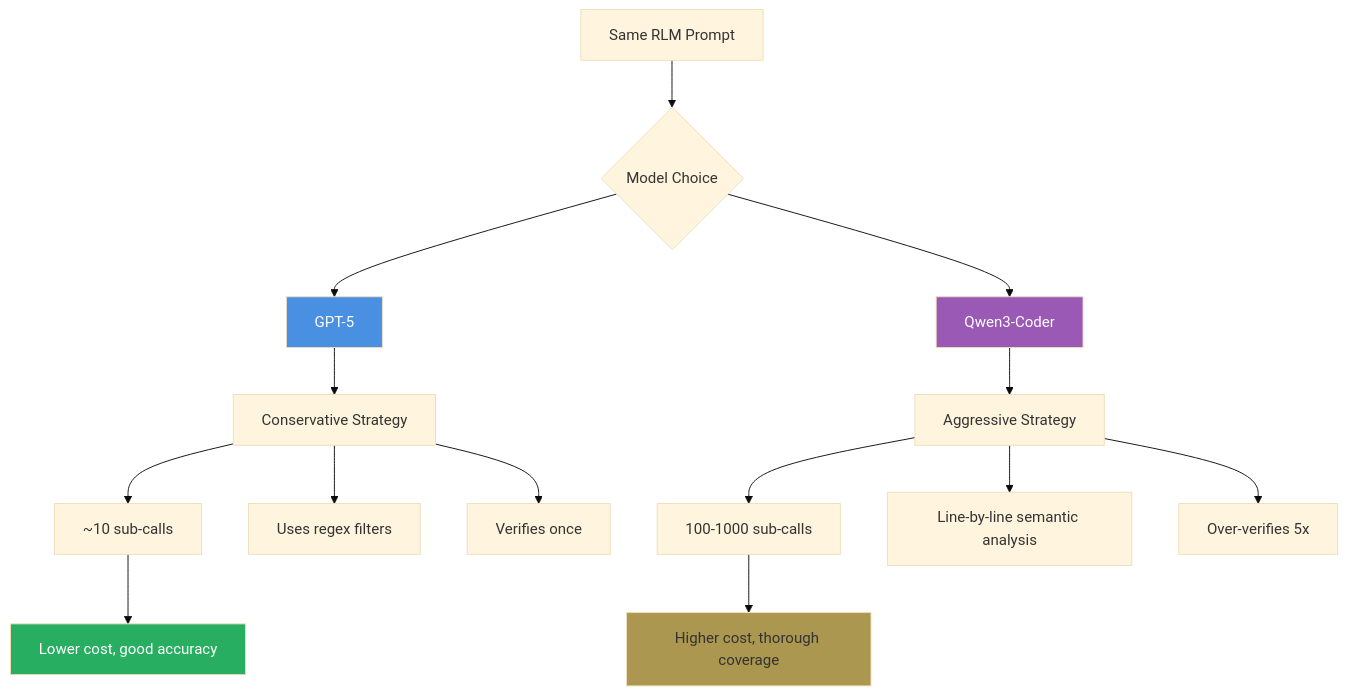
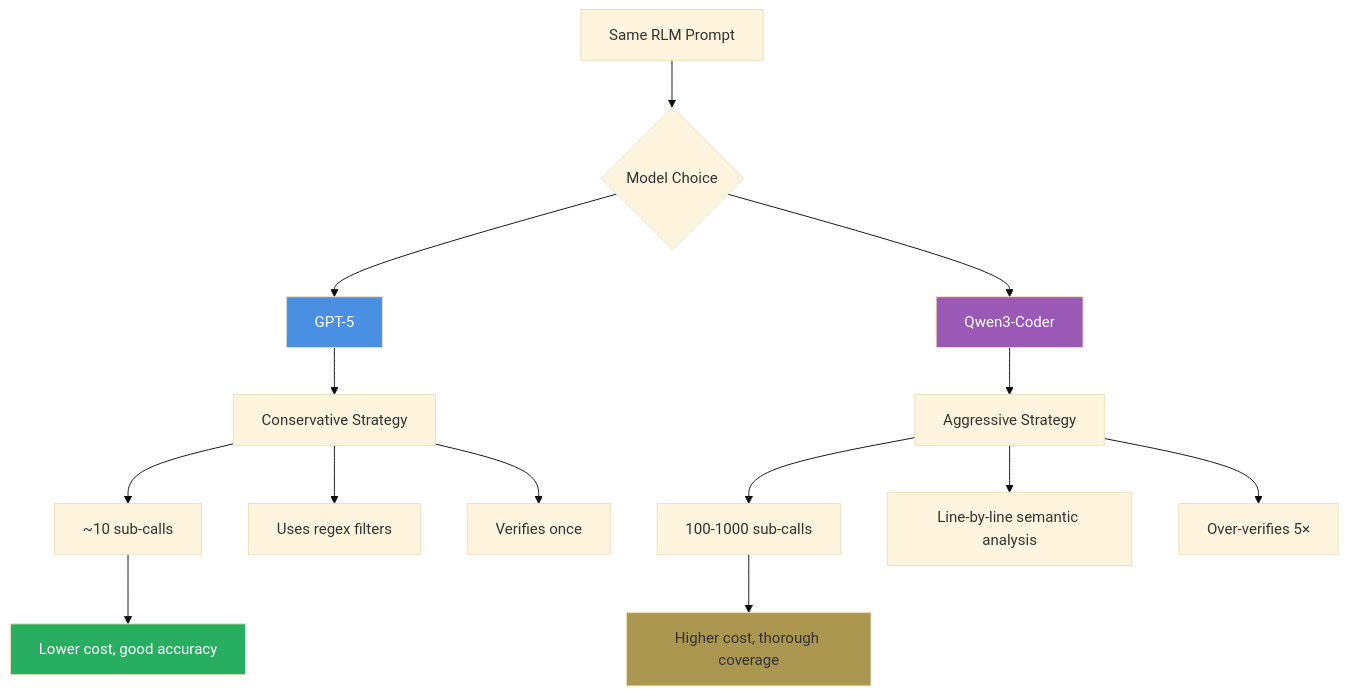
Before and after one commit to rsrini7/Learnings: diagram 11 of 18 in Papers/RecursiveLanguageModels.md, drawn with Mermaid (base theme). The commit also changed other lines of this file, not shown here.

````diff
--- a/Papers/RecursiveLanguageModels.md
+++ b/Papers/RecursiveLanguageModels.md
@@ -621,25 +660,25 @@
 ```mermaid
 graph TD
     A[Same RLM Prompt] --> B{Model Choice}
     
     B --> C[GPT-5]
     B --> D[Qwen3-Coder]
     
     C --> E[Conservative Strategy]
     E --> E1[~10 sub-calls]
     E --> E2[Uses regex filters]
     E --> E3[Verifies once]
     
     D --> F[Aggressive Strategy]
     F --> F1[100-1000 sub-calls]
     F --> F2[Line-by-line semantic analysis]
-    F --> F3[Over-verifies 5x]
+    F --> F3[Over-verifies 5×]
     
     E1 --> G[Lower cost, good accuracy]
     F1 --> H[Higher cost, thorough coverage]
     
     style C fill:#4A90E2,color:#fff
     style D fill:#9B59B6,color:#fff
     style G fill:#27AE60,color:#fff
     style H fill:#AB974F
 ```
````
